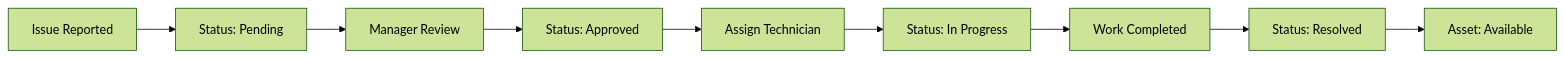
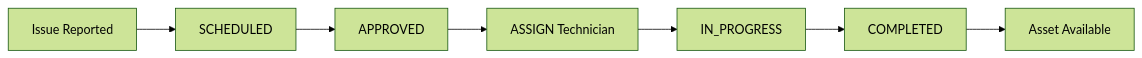
Before and after one commit to Shubham-997800/assetrix: the third of 6 diagrams in README.md, drawn with Mermaid (forest theme). The commit also changed other lines of this file and 15 other files, not shown here.

````diff
--- a/README.md
+++ b/README.md
@@ -430,11 +228,9 @@
 ```mermaid
 graph LR
-    A[Issue Reported] --> B[Status: Pending]
-    B --> C[Manager Review]
-    C --> D[Status: Approved]
-    D --> E[Assign Technician]
-    E --> F[Status: In Progress]
-    F --> G[Work Completed]
-    G --> H[Status: Resolved]
-    H --> I[Asset: Available]
+    A[Issue Reported] --> B[SCHEDULED]
+    B --> C[APPROVED]
+    C --> D[ASSIGN Technician]
+    D --> E[IN_PROGRESS]
+    E --> F[COMPLETED]
+    F --> G[Asset Available]
 ```
````
